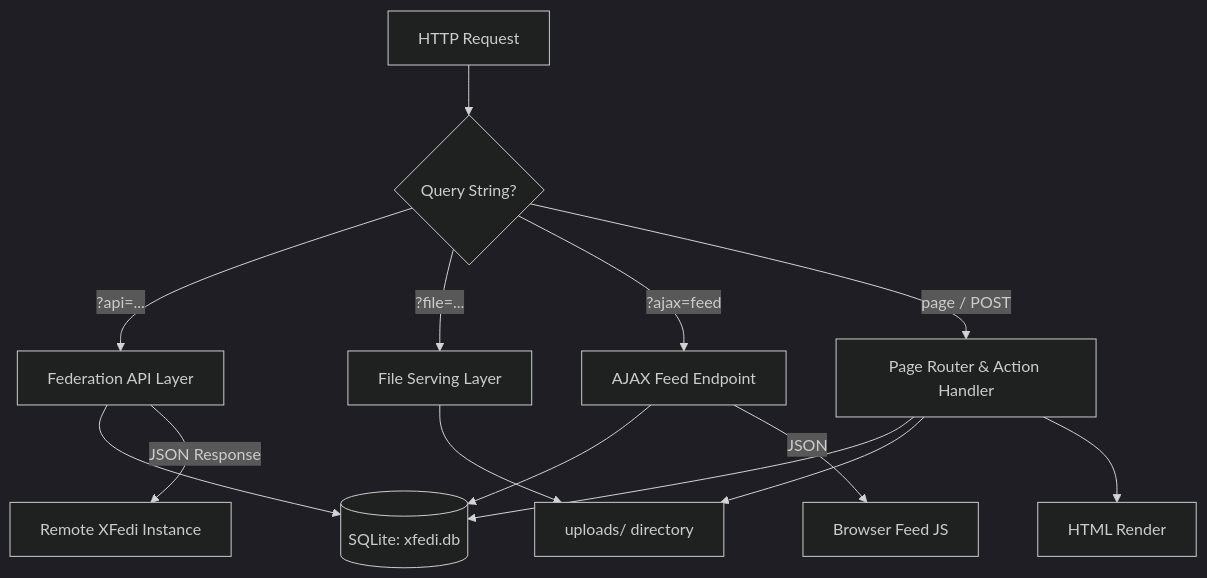
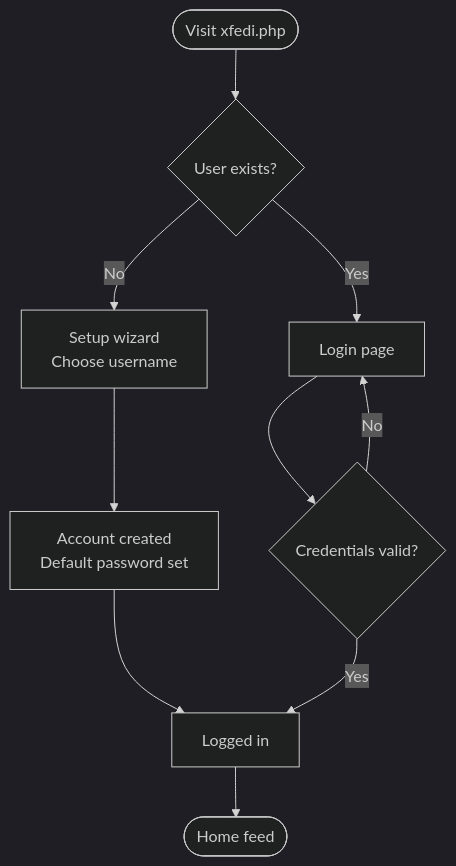
The first of 5 diagrams in README.md (xsukax/XFedi), drawn with Mermaid (dark theme) before and after one commit. The commit also changed other lines of this file, not shown here.

````diff
--- a/README.md
+++ b/README.md
@@ -307,18 +227,12 @@
 ```mermaid
 flowchart TD
-    A[HTTP Request] --> B{Query String?}
-    B -->|?api=...| C[Federation API Layer]
-    B -->|?file=...| D[File Serving Layer]
-    B -->|?ajax=feed| E[AJAX Feed Endpoint]
-    B -->|page / POST| F[Page Router & Action Handler]
-
-    C --> G[(SQLite: xfedi.db)]
-    D --> H[uploads/ directory]
-    E --> G
-    F --> G
-    F --> H
-
-    C -->|JSON Response| Z[Remote XFedi Instance]
-    E -->|JSON| Y[Browser Feed JS]
-    F --> I[HTML Render]
+    A([Visit xfedi.php]) --> B{User exists?}
+    B -- No --> C[Setup wizard\nChoose username]
+    C --> D[Account created\nDefault password set]
+    D --> E[Logged in]
+    B -- Yes --> F[Login page]
+    F --> G{Credentials valid?}
+    G -- Yes --> E
+    G -- No --> F
+    E --> H([Home feed])
 ```
````
